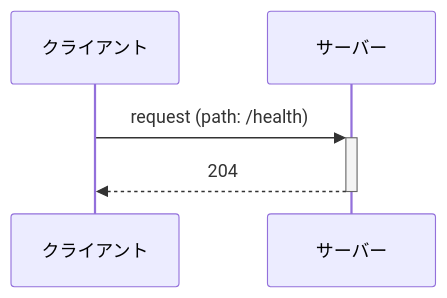
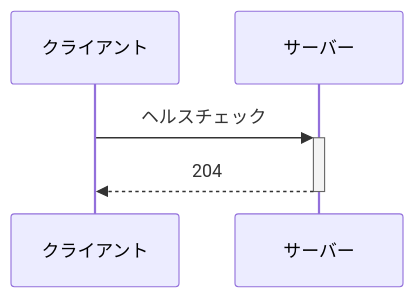
One commit to atsumarukun/holos-account-api changed the diagram in docs/design-docs/features/health-check.md. Above: the diagram before and after it, drawn with Mermaid.

Commit message:
update: ヘルスチェックDesignDocのシーケンス図を変更.

````diff
--- a/docs/design-docs/features/health-check.md
+++ b/docs/design-docs/features/health-check.md
@@ -25,8 +25,8 @@
 ```mermaid
 sequenceDiagram
   participant client as クライアント
   participant server as サーバー
 
-  client ->>+ server: request (path: /health)
+  client ->>+ server: ヘルスチェック
   server -->>- client: 204
 ```
````
